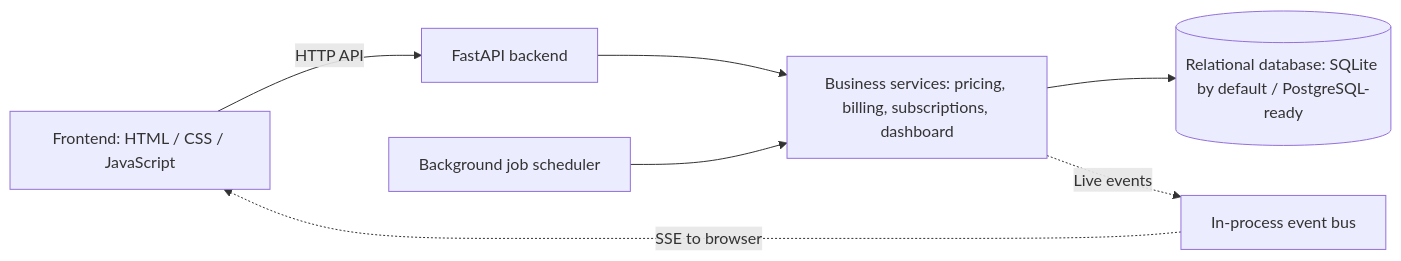
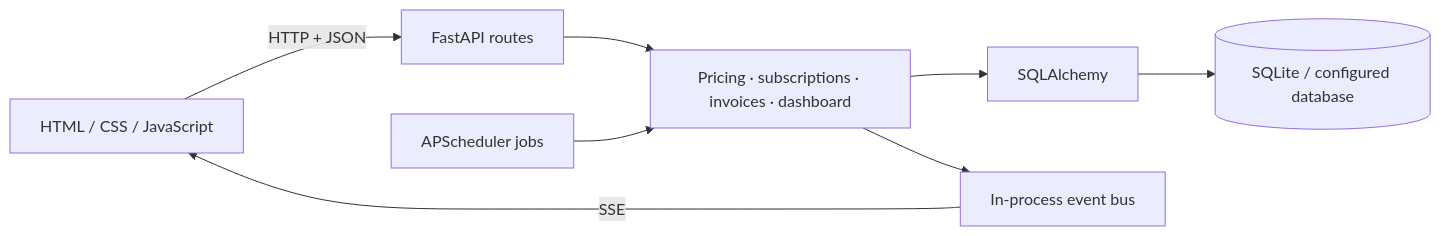
The diagram in README.md (suraj-mm/subsription_management_system), drawn with Mermaid before and after one commit. The commit also changed other lines of this file, not shown here.

````diff
--- a/README.md
+++ b/README.md
@@ -97,9 +24,10 @@
 ```mermaid
 flowchart LR
-    Browser[Frontend: HTML / CSS / JavaScript] -->|HTTP API| API[FastAPI backend]
-    API --> Services[Business services: pricing, billing, subscriptions, dashboard]
-    Services --> DB[(Relational database: SQLite by default / PostgreSQL-ready)]
-    Scheduler[Background job scheduler] --> Services
-    Services -. Live events .-> EventBus[In-process event bus]
-    EventBus -. SSE to browser .-> Browser
+  Browser[HTML / CSS / JavaScript] -->|HTTP + JSON| API[FastAPI routes]
+  API --> Services[Pricing · subscriptions · invoices · dashboard]
+  Services --> ORM[SQLAlchemy]
+  ORM --> DB[(SQLite / configured database)]
+  Scheduler[APScheduler jobs] --> Services
+  Services --> EventBus[In-process event bus]
+  EventBus -->|SSE| Browser
 ```
````
